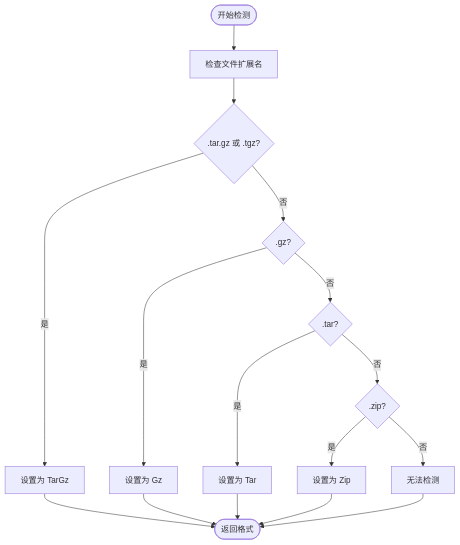
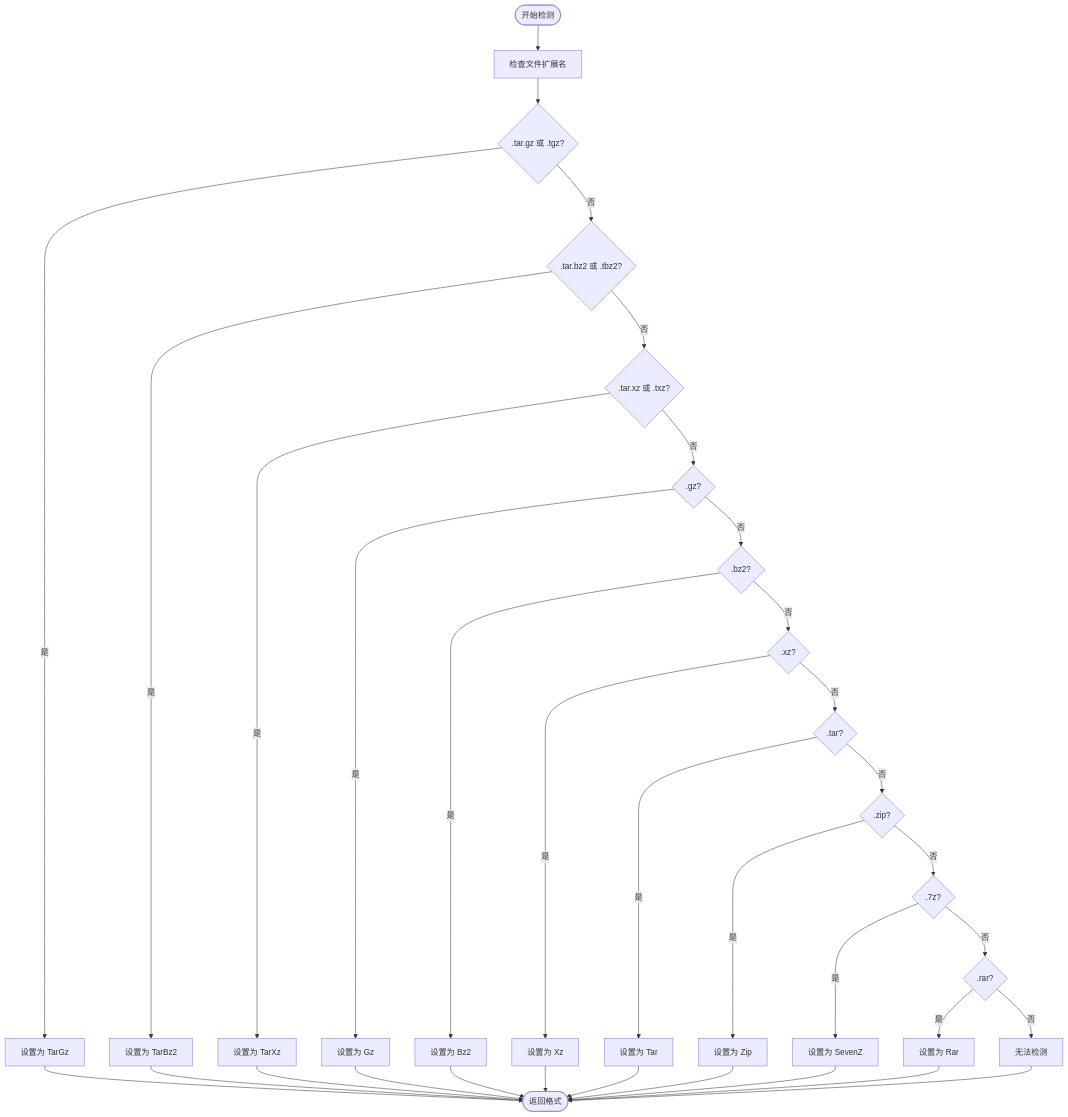
The third of 14 diagrams in .qoder/repowiki/zh/content/核心功能实现/列表功能实现.md (zhangjiacai-hub/myArchive), drawn with Mermaid before and after one commit. The commit also changed other lines of this file and 6 other files, not shown here.

````diff
--- a/.qoder/repowiki/zh/content/核心功能实现/列表功能实现.md
+++ b/.qoder/repowiki/zh/content/核心功能实现/列表功能实现.md
@@ -110,18 +141,36 @@
 ```mermaid
 flowchart TD
 Start([开始检测]) --> CheckExt["检查文件扩展名"]
-CheckExt --> CheckTGZ{".tar.gz 或 .tgz?"}
-CheckTGZ --> |是| SetTarGz["设置为 TarGz"]
-CheckTGZ --> |否| CheckGz{".gz?"}
+CheckExt --> CheckTarGz{".tar.gz 或 .tgz?"}
+CheckTarGz --> |是| SetTarGz["设置为 TarGz"]
+CheckTarGz --> |否| CheckTarBz2{".tar.bz2 或 .tbz2?"}
+CheckTarBz2 --> |是| SetTarBz2["设置为 TarBz2"]
+CheckTarBz2 --> |否| CheckTarXz{".tar.xz 或 .txz?"}
+CheckTarXz --> |是| SetTarXz["设置为 TarXz"]
+CheckTarXz --> |否| CheckGz{".gz?"}
 CheckGz --> |是| SetGz["设置为 Gz"]
-CheckGz --> |否| CheckTar{".tar?"}
+CheckGz --> |否| CheckBz2{".bz2?"}
+CheckBz2 --> |是| SetBz2["设置为 Bz2"]
+CheckBz2 --> |否| CheckXz{".xz?"}
+CheckXz --> |是| SetXz["设置为 Xz"]
+CheckXz --> |否| CheckTar{".tar?"}
 CheckTar --> |是| SetTar["设置为 Tar"]
 CheckTar --> |否| CheckZip{".zip?"}
 CheckZip --> |是| SetZip["设置为 Zip"]
-CheckZip --> |否| NoMatch["无法检测"]
+CheckZip --> |否| CheckSevenZ{".7z?"}
+CheckSevenZ --> |是| SetSevenZ["设置为 SevenZ"]
+CheckSevenZ --> |否| CheckRar{".rar?"}
+CheckRar --> |是| SetRar["设置为 Rar"]
+CheckRar --> |否| NoMatch["无法检测"]
 SetTarGz --> End([返回格式])
+SetTarBz2 --> End
+SetTarXz --> End
 SetGz --> End
+SetBz2 --> End
+SetXz --> End
 SetTar --> End
 SetZip --> End
+SetSevenZ --> End
+SetRar --> End
 NoMatch --> End
 ```
````
